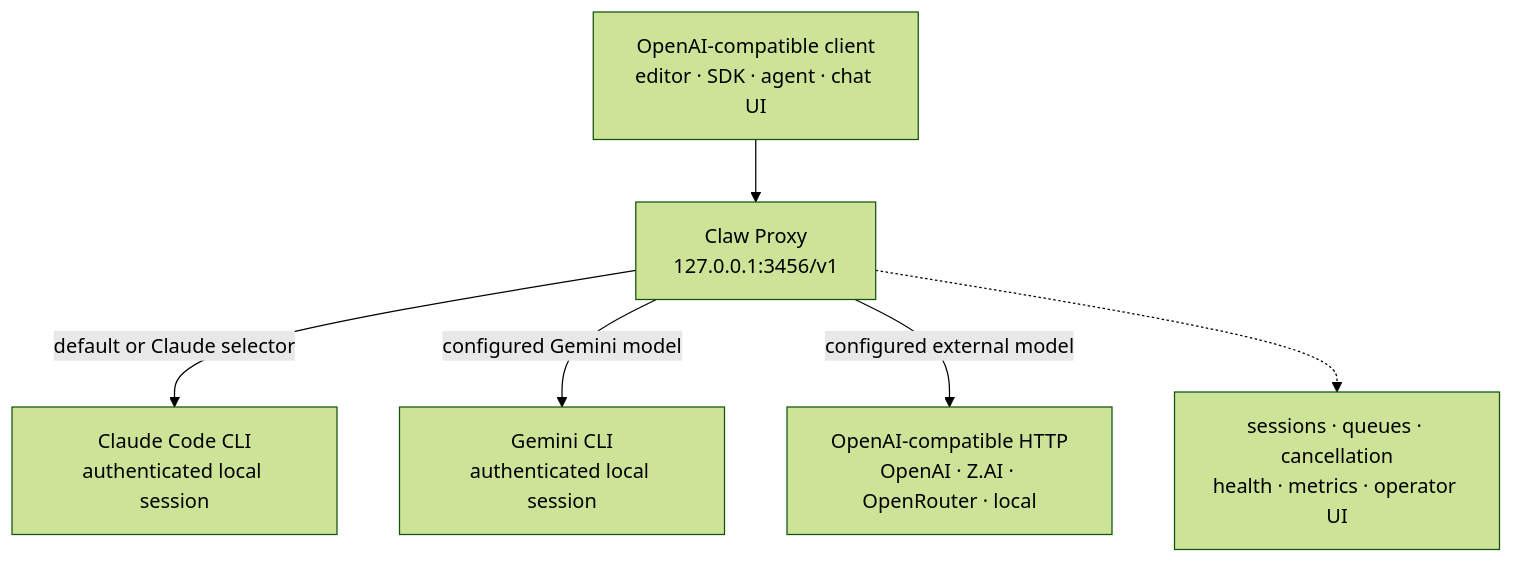
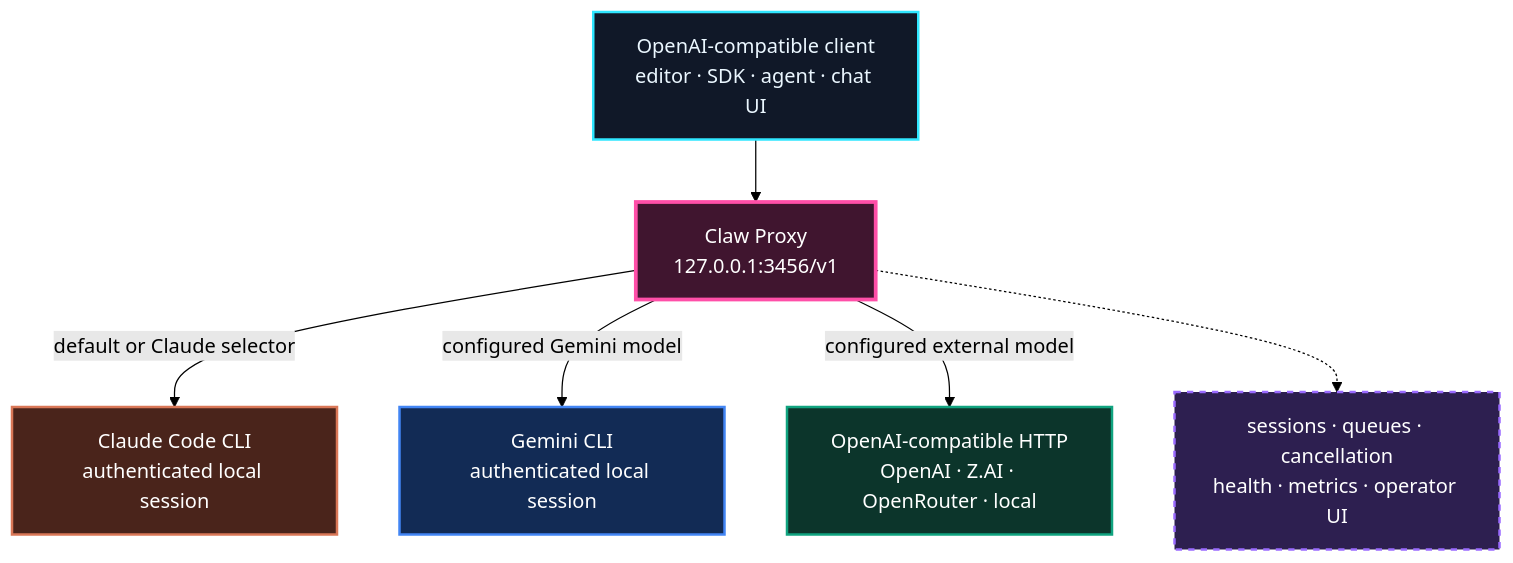
Before and after one commit to mattschwen/claude-max-api-proxy: the diagram in README.md, drawn with Mermaid (forest theme). The commit also changed other lines of this file, not shown here.

````diff
--- a/README.md
+++ b/README.md
@@ -145,15 +154,29 @@
 ```mermaid
 flowchart TB
     Client["OpenAI-compatible client<br/>editor · SDK · agent · chat UI"]
     Proxy["Claw Proxy<br/>127.0.0.1:3456/v1"]
     Claude["Claude Code CLI<br/>authenticated local session"]
     Gemini["Gemini CLI<br/>authenticated local session"]
     External["OpenAI-compatible HTTP<br/>OpenAI · Z.AI · OpenRouter · local"]
     Runtime["sessions · queues · cancellation<br/>health · metrics · operator UI"]
 
     Client --> Proxy
     Proxy -->|"default or Claude selector"| Claude
     Proxy -->|"configured Gemini model"| Gemini
     Proxy -->|"configured external model"| External
     Proxy -.-> Runtime
+
+    classDef client fill:#101828,stroke:#2fe6ff,color:#ebf7ff,stroke-width:2px;
+    classDef proxy fill:#40152f,stroke:#ff4fa8,color:#ffffff,stroke-width:3px;
+    classDef claude fill:#4a241b,stroke:#d97757,color:#ffffff,stroke-width:2px;
+    classDef gemini fill:#122b55,stroke:#4285f4,color:#ffffff,stroke-width:2px;
+    classDef external fill:#0c352b,stroke:#10a37f,color:#ffffff,stroke-width:2px;
+    classDef runtime fill:#2d1f50,stroke:#9a6bff,color:#ffffff,stroke-width:2px,stroke-dasharray:5 5;
+
+    class Client client;
+    class Proxy proxy;
+    class Claude claude;
+    class Gemini gemini;
+    class External external;
+    class Runtime runtime;
 ```
````
